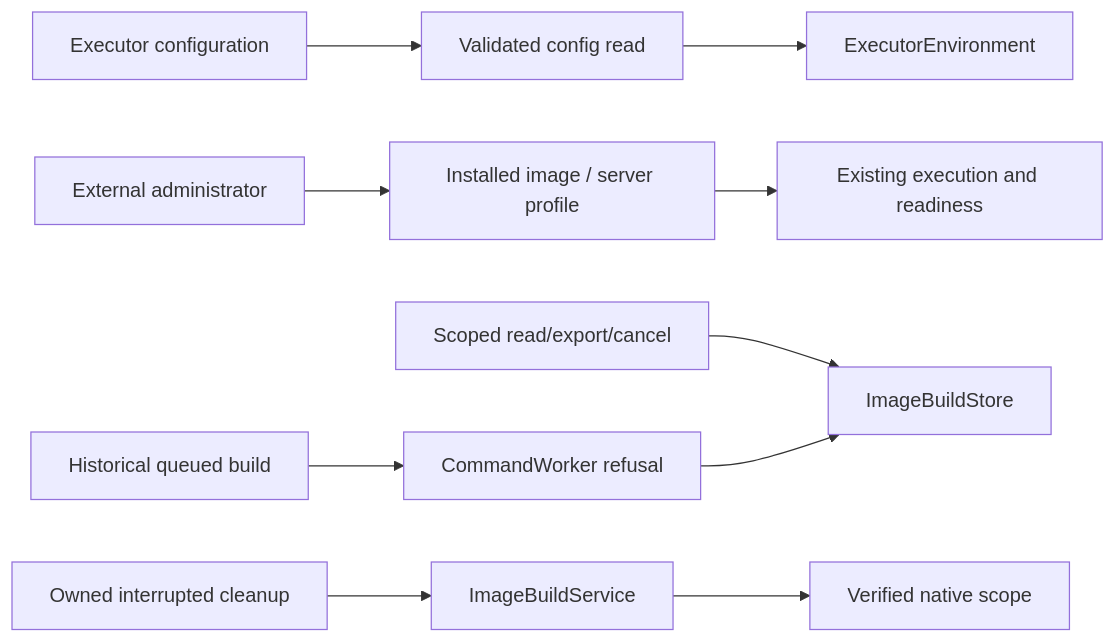
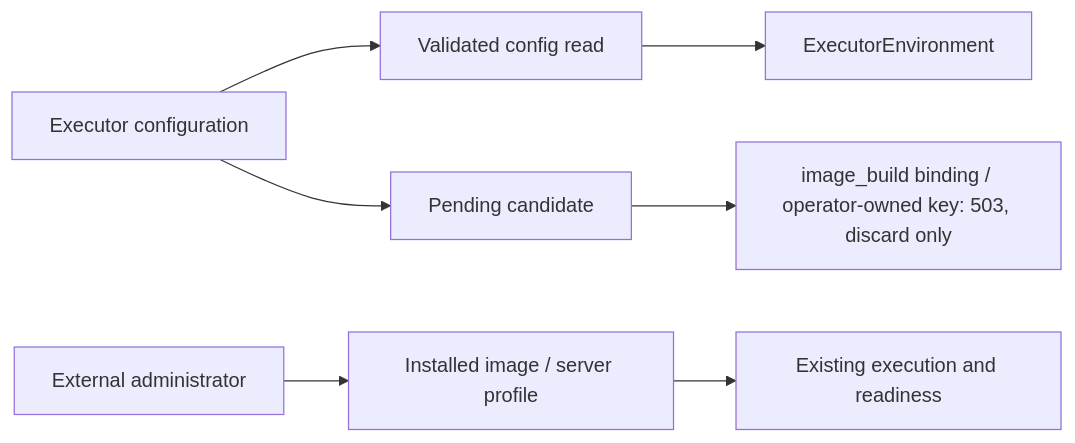
Before and after one commit to DDP-Engineering/AgenticDeliveryOrchestratorRuntimeEngine: the diagram in .agentic/knowledge/project-images.md, drawn with Mermaid. The commit also changed other lines of this file and 162 other files, not shown here.

````diff
--- a/.agentic/knowledge/project-images.md
+++ b/.agentic/knowledge/project-images.md
@@ -53,12 +57,9 @@
 ```mermaid
 flowchart LR
     Tab[Executor configuration] --> Read[Validated config read]
     Read --> Guide[ExecutorEnvironment]
     Operator[External administrator] --> Image[Installed image / server profile]
     Image --> Runtime[Existing execution and readiness]
-    History[Scoped read/export/cancel] --> Store[ImageBuildStore]
-    Queue[Historical queued build] --> Reject[CommandWorker refusal]
-    Reject --> Store
-    Recovery[Owned interrupted cleanup] --> Service[ImageBuildService]
-    Service --> Scope[Verified native scope]
+    Tab --> Pending[Pending candidate]
+    Pending --> Corrupt[image_build binding / operator-owned key: 503, discard only]
 ```
````
